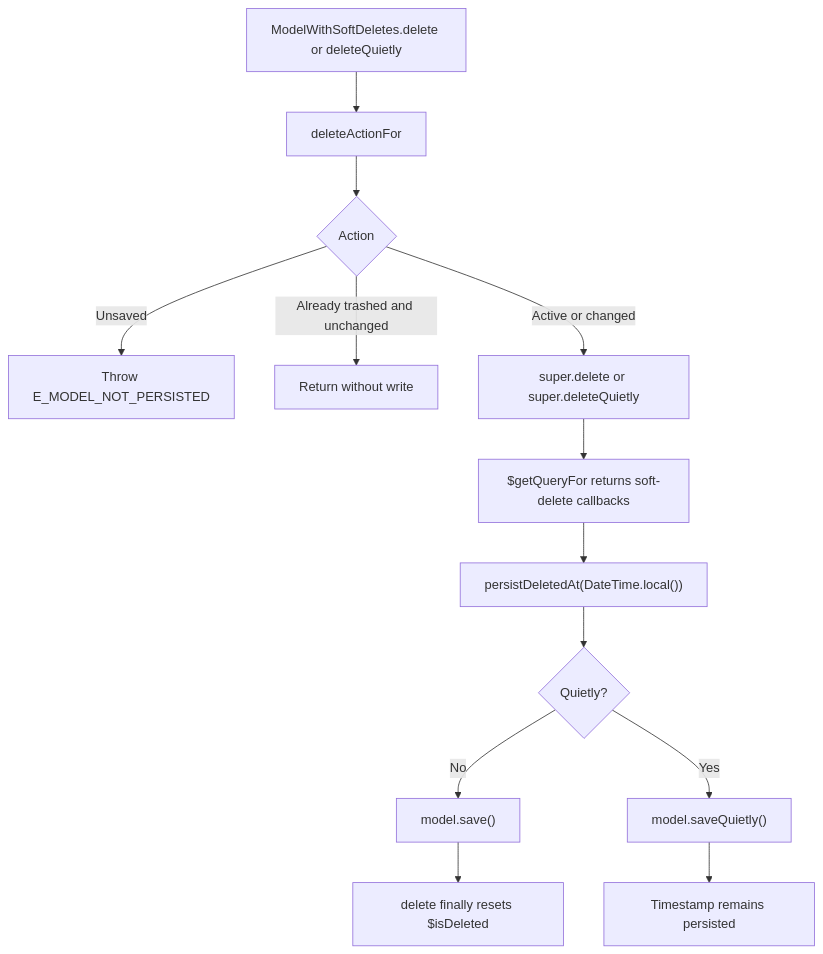
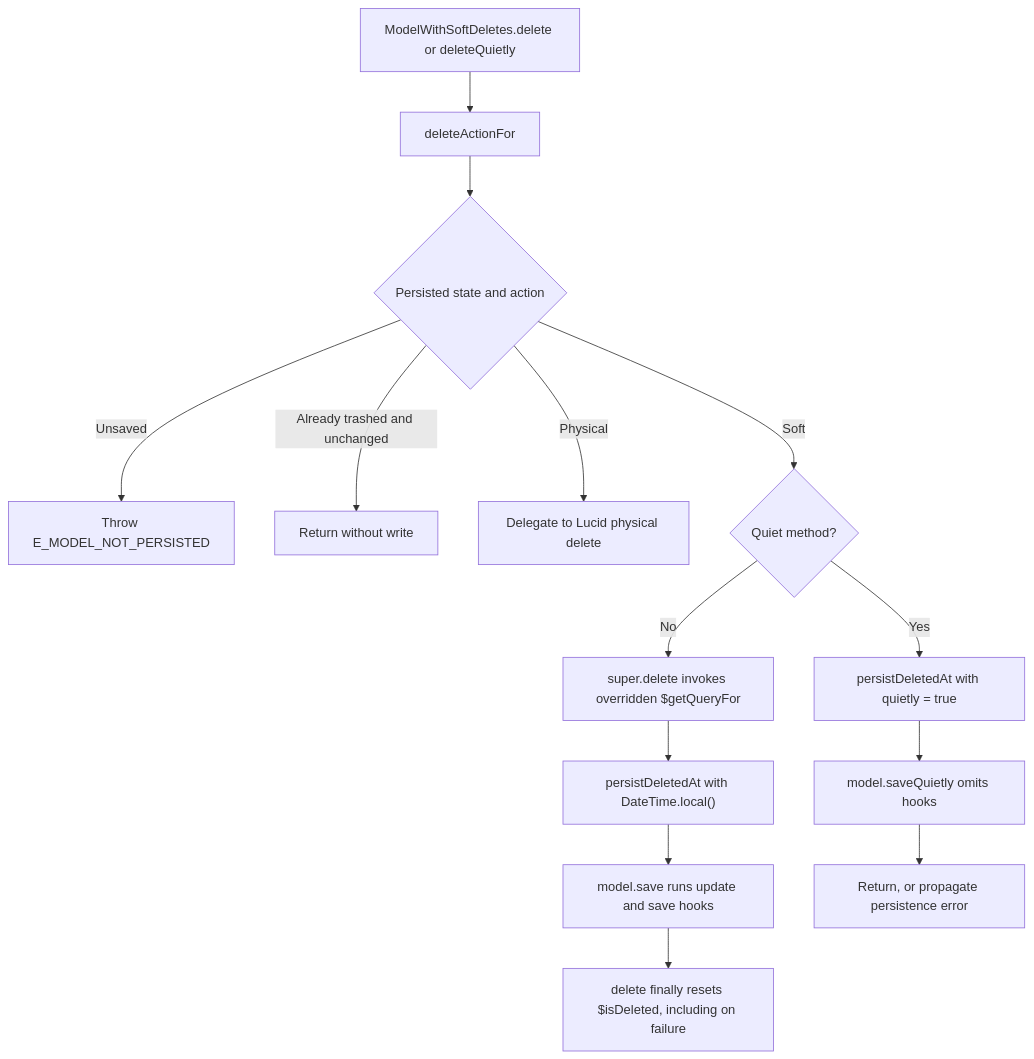
One commit to Kevinjohn/oss-adonisjs-lucid-soft-delete changed the second of 2 diagrams in user-stories/soft-delete-instance/us-app-01-soft-delete-instance.md. Above: the diagram before and after it, drawn with Mermaid. The commit also changed 6 other files, not shown here.

````diff
--- a/user-stories/soft-delete-instance/us-app-01-soft-delete-instance.md
+++ b/user-stories/soft-delete-instance/us-app-01-soft-delete-instance.md
@@ -37,15 +37,16 @@
 ```mermaid
 flowchart TD
     A["ModelWithSoftDeletes.delete or deleteQuietly"] --> B["deleteActionFor"]
-    B --> C{"Action"}
+    B --> C{"Persisted state and action"}
     C -->|Unsaved| D["Throw E_MODEL_NOT_PERSISTED"]
     C -->|Already trashed and unchanged| E["Return without write"]
-    C -->|Active or changed| F["super.delete or super.deleteQuietly"]
-    F --> G["$getQueryFor returns soft-delete callbacks"]
-    G --> H["persistDeletedAt(DateTime.local())"]
-    H --> I{"Quietly?"}
-    I -->|No| J["model.save()"]
-    I -->|Yes| K["model.saveQuietly()"]
-    J --> L["delete finally resets $isDeleted"]
-    K --> M["Timestamp remains persisted"]
+    C -->|Physical| F["Delegate to Lucid physical delete"]
+    C -->|Soft| G{"Quiet method?"}
+    G -->|No| H["super.delete invokes overridden $getQueryFor"]
+    H --> I["persistDeletedAt with DateTime.local()"]
+    G -->|Yes| J["persistDeletedAt with quietly = true"]
+    I --> K["model.save runs update and save hooks"]
+    J --> L["model.saveQuietly omits hooks"]
+    K --> M["delete finally resets $isDeleted, including on failure"]
+    L --> N["Return, or propagate persistence error"]
 ```
````
